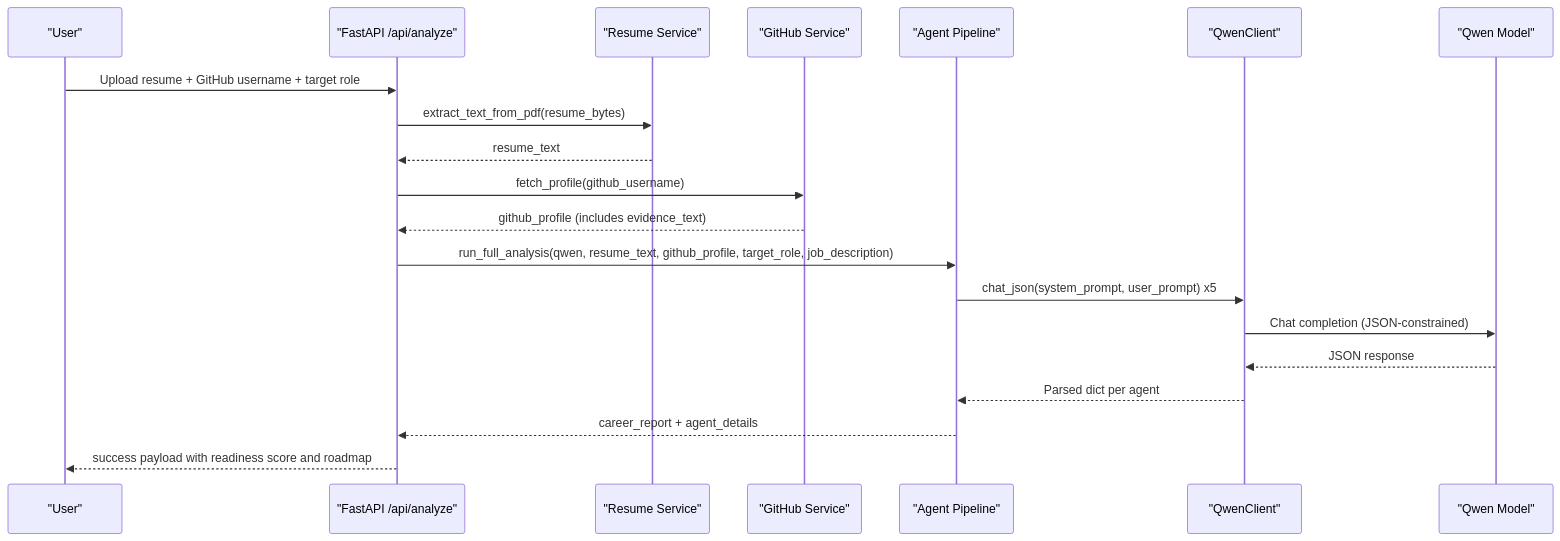
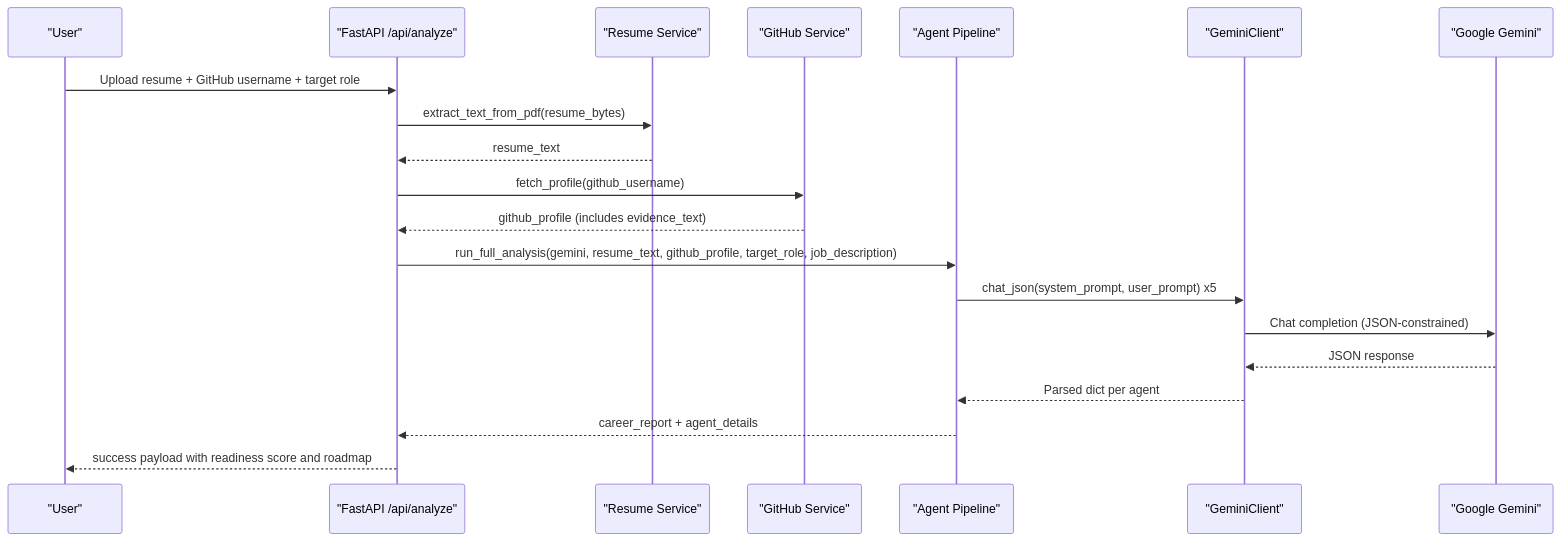
Before and after one commit to waqarimran342/CareerOS-AI: the second of 7 diagrams in .qoder/repowiki/en/content/Project Overview.md, drawn with Mermaid. The commit also changed other lines of this file and 32 other files, not shown here.

````diff
--- a/.qoder/repowiki/en/content/Project Overview.md
+++ b/.qoder/repowiki/en/content/Project Overview.md
@@ -93,22 +124,22 @@
 ```mermaid
 sequenceDiagram
 participant U as "User"
 participant API as "FastAPI /api/analyze"
 participant RS as "Resume Service"
 participant GS as "GitHub Service"
 participant AG as "Agent Pipeline"
-participant QC as "QwenClient"
-participant M as "Qwen Model"
+participant GC as "GeminiClient"
+participant GM as "Google Gemini"
 U->>API : Upload resume + GitHub username + target role
 API->>RS : extract_text_from_pdf(resume_bytes)
 RS-->>API : resume_text
 API->>GS : fetch_profile(github_username)
 GS-->>API : github_profile (includes evidence_text)
-API->>AG : run_full_analysis(qwen, resume_text, github_profile, target_role, job_description)
-AG->>QC : chat_json(system_prompt, user_prompt) x5
-QC->>M : Chat completion (JSON-constrained)
-M-->>QC : JSON response
-QC-->>AG : Parsed dict per agent
+API->>AG : run_full_analysis(gemini, resume_text, github_profile, target_role, job_description)
+AG->>GC : chat_json(system_prompt, user_prompt) x5
+GC->>GM : Chat completion (JSON-constrained)
+GM-->>GC : JSON response
+GC-->>AG : Parsed dict per agent
 AG-->>API : career_report + agent_details
 API-->>U : success payload with readiness score and roadmap
 ```
````
